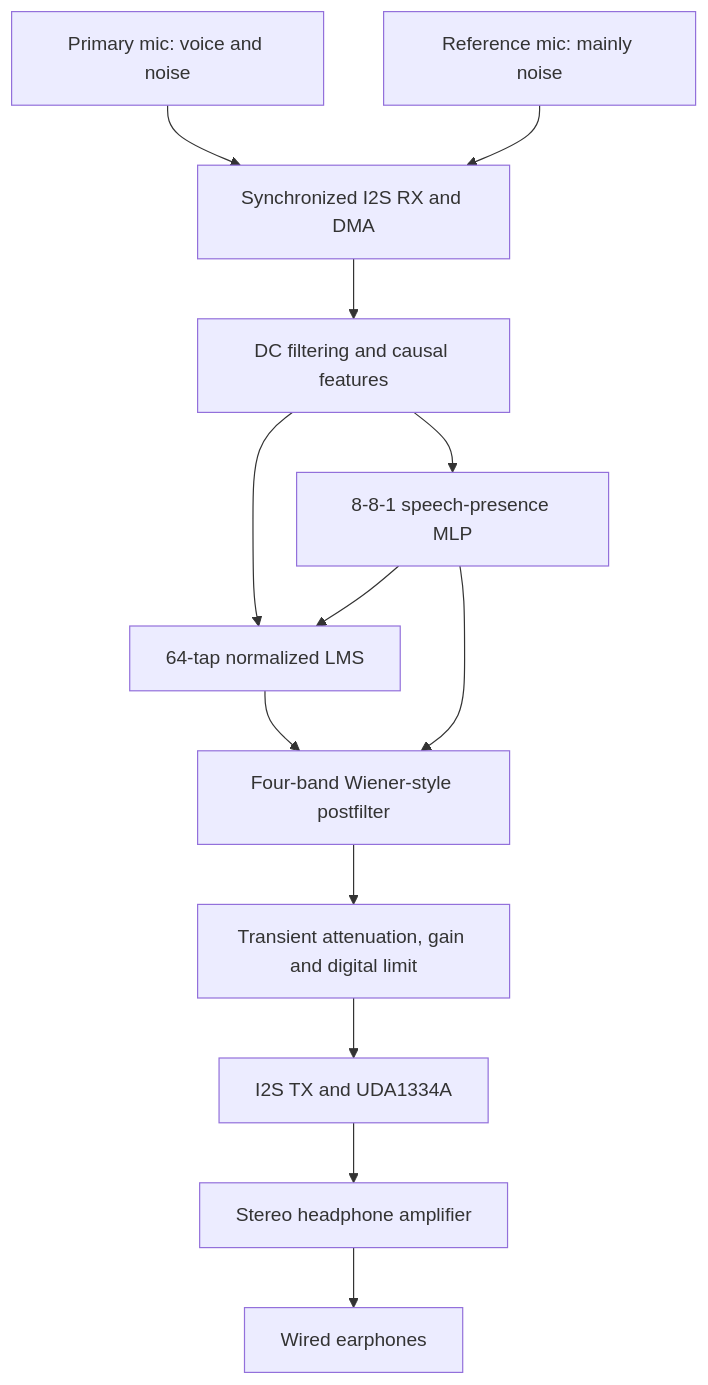
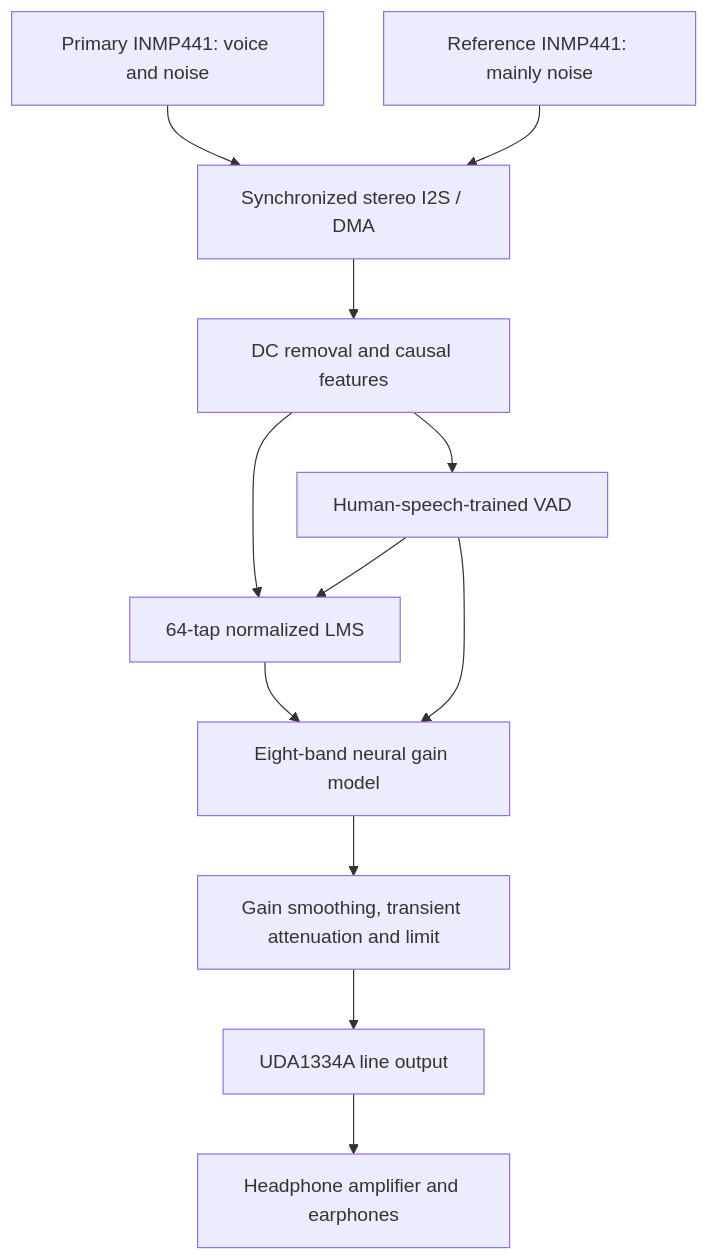
The diagram in docs/ARCHITECTURE.md (vasudevan016/SIH26052_DRDO_ANC), drawn with Mermaid before and after one commit. The commit also changed other lines of this file and 24 other files, not shown here.

Commit message:
Ship public-speech neural weights, measured reports and verified dashboard controls

````diff
--- a/docs/ARCHITECTURE.md
+++ b/docs/ARCHITECTURE.md
@@ -39,15 +8,14 @@
 ```mermaid
 flowchart TD
-    P["Primary mic: voice and noise"] --> RX["Synchronized I2S RX and DMA"]
-    R["Reference mic: mainly noise"] --> RX
-    RX --> F["DC filtering and causal features"]
-    F --> N["64-tap normalized LMS"]
-    F --> M["8-8-1 speech-presence MLP"]
-    M --> N
-    N --> W["Four-band Wiener-style postfilter"]
-    M --> W
-    W --> L["Transient attenuation, gain and digital limit"]
-    L --> TX["I2S TX and UDA1334A"]
-    TX --> A["Stereo headphone amplifier"]
-    A --> E["Wired earphones"]
+ P["Primary INMP441: voice and noise"] --> RX["Synchronized stereo I2S / DMA"]
+ R["Reference INMP441: mainly noise"] --> RX
+ RX --> F["DC removal and causal features"]
+ F --> V["Human-speech-trained VAD"]
+ F --> A["64-tap normalized LMS"]
+ V --> A
+ A --> N["Eight-band neural gain model"]
+ V --> N
+ N --> L["Gain smoothing, transient attenuation and limit"]
+ L --> D["UDA1334A line output"]
+ D --> H["Headphone amplifier and earphones"]
 ```
````
